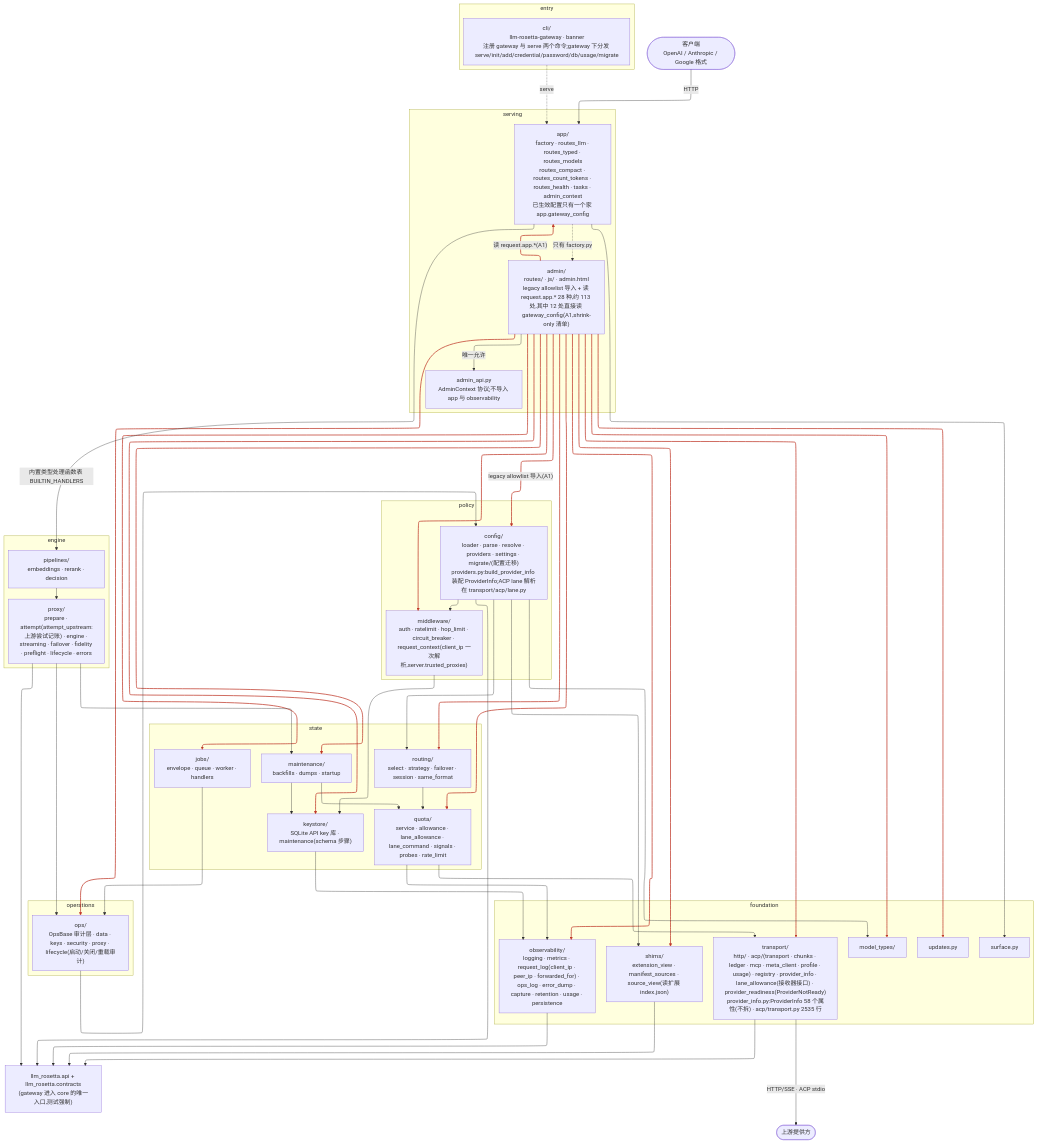
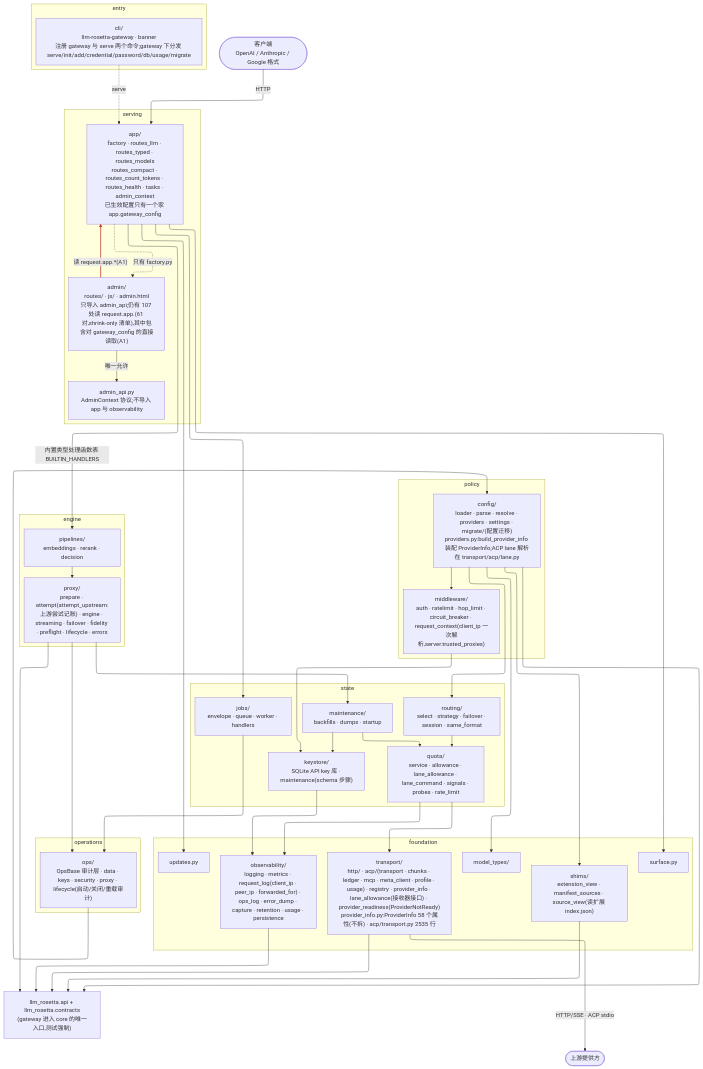
Before and after one commit to Oaklight/llm-rosetta: the diagram in gap_actual.mmd, drawn with Mermaid. The commit also changed 4 other files, not shown here.

Commit message:
diagrams: admin imports only admin_api; the app reads are the one open item (#1830 A1 part 3)

```diff
--- a/gap_actual.mmd
+++ b/gap_actual.mmd
@@ -1,85 +1,74 @@
 ---
 config:
   layout: elk
 ---
 flowchart TB
   subgraph STATE["state"]
     KEYSTORE["keystore/<br/>SQLite API key 库 · maintenance(schema 步骤)"]
     MAINT["maintenance/<br/>backfills · dumps · startup"]
     JOBS["jobs/<br/>envelope · queue · worker · handlers"]
     QUOTA["quota/<br/>service · allowance · lane_allowance · lane_command · signals · probes · rate_limit"]
     ROUTING["routing/<br/>select · strategy · failover · session · same_format"]
   end
   subgraph POLICY["policy"]
     CONFIG["config/<br/>loader · parse · resolve · providers · settings · migrate/(配置迁移)<br/>providers.py:build_provider_info 装配 ProviderInfo;ACP lane 解析在 transport/acp/lane.py"]
     MW["middleware/<br/>auth · ratelimit · hop_limit · circuit_breaker · request_context(client_ip 一次解析,server.trusted_proxies)"]
   end
   subgraph FOUNDATION["foundation"]
     TRANSPORT["transport/<br/>http/ · acp/(transport · chunks · ledger · mcp · meta_client · profile · usage) · registry · provider_info · lane_allowance(接收器接口) · provider_readiness(ProviderNotReady)<br/>provider_info.py:ProviderInfo 58 个属性(不拆) · acp/transport.py 2535 行"]
     SURF["surface.py"]
     OBS["observability/<br/>logging · metrics · request_log(client_ip · peer_ip · forwarded_for) · ops_log · error_dump · capture · retention · usage · persistence"]
     UPD["updates.py"]
     MT["model_types/"]
     SHIMS["shims/<br/>extension_view · manifest_sources · source_view(读扩展 index.json)"]
   end
   subgraph ENGINE["engine"]
     PROXY["proxy/<br/>prepare · attempt(attempt_upstream:上游尝试记账) · engine · streaming · failover · fidelity · preflight · lifecycle · errors"]
     PIPES["pipelines/<br/>embeddings · rerank · decision"]
   end
   subgraph OPERATIONS["operations"]
     OPS["ops/<br/>OpsBase 审计层 · data · keys · security · proxy · lifecycle(启动/关闭/重载审计)"]
   end
   subgraph ENTRY["entry"]
     CLI["cli/<br/>llm-rosetta-gateway · banner<br/>注册 gateway 与 serve 两个命令;gateway 下分发 serve/init/add/credential/password/db/usage/migrate"]
   end
   CLIENT(["客户端<br/>OpenAI / Anthropic / Google 格式"])
   CORE["llm_rosetta.api + llm_rosetta.contracts<br/>(gateway 进入 core 的唯一入口,测试强制)"]
   UP(["上游提供方"])
   subgraph SERVING["serving"]
     ADMINAPI["admin_api.py<br/>AdminContext 协议;不导入 app 与 observability"]
-    ADMIN["admin/<br/>routes/ · js/ · admin.html<br/>legacy allowlist 导入 + 读 request.app.* 28 种,约 113 处,其中 12 处直接读 gateway_config(A1,shrink-only 清单)"]
+    ADMIN["admin/<br/>routes/ · js/ · admin.html<br/>只导入 admin_api;仍有 107 处读 request.app.<attr>(61 对,shrink-only 清单),其中包含对 gateway_config 的直接读取(A1)"]
     APP["app/<br/>factory · routes_llm · routes_typed · routes_models<br/>routes_compact · routes_count_tokens · routes_health · tasks · admin_context<br/>已生效配置只有一个家 app.gateway_config"]
   end
   ADMIN -->|"唯一允许"| ADMINAPI
-  ADMIN -->|"legacy allowlist 导入(A1)"| CONFIG
-  ADMIN --> JOBS
-  ADMIN --> KEYSTORE
-  ADMIN --> MAINT
-  ADMIN --> MW
-  ADMIN --> MT
-  ADMIN --> OBS
-  ADMIN --> OPS
-  ADMIN --> QUOTA
-  ADMIN --> ROUTING
-  ADMIN --> SHIMS
-  ADMIN --> TRANSPORT
-  ADMIN --> UPD
   APP -.->|"只有 factory.py"| ADMIN
+  APP --> JOBS
   APP -->|"内置类型处理函数表 BUILTIN_HANDLERS"| PIPES
   APP --> SURF
+  APP --> UPD
   CLI -.->|"serve"| APP
   CONFIG --> MW
   CONFIG --> MT
   CONFIG --> ROUTING
   CONFIG --> SHIMS
   JOBS --> OPS
   KEYSTORE --> OBS
   MAINT --> KEYSTORE
   MAINT --> QUOTA
   MW --> KEYSTORE
   OPS --> CONFIG
   PIPES --> PROXY
   PROXY --> MAINT
   PROXY --> OPS
   QUOTA --> OBS
   QUOTA --> TRANSPORT
   ROUTING --> QUOTA
   ADMIN -->|"读 request.app.*(A1)"| APP
   CONFIG --> CORE
   TRANSPORT -->|HTTP/SSE · ACP stdio| UP
   OBS --> CORE
   SHIMS --> CORE
   TRANSPORT --> CORE
   CLIENT -->|HTTP| APP
   PROXY --> CORE
-  linkStyle 1,2,3,4,5,6,7,8,9,10,11,12,13,34 stroke:#c0392b,stroke-width:2px
+  linkStyle 23 stroke:#c0392b,stroke-width:2px
```
